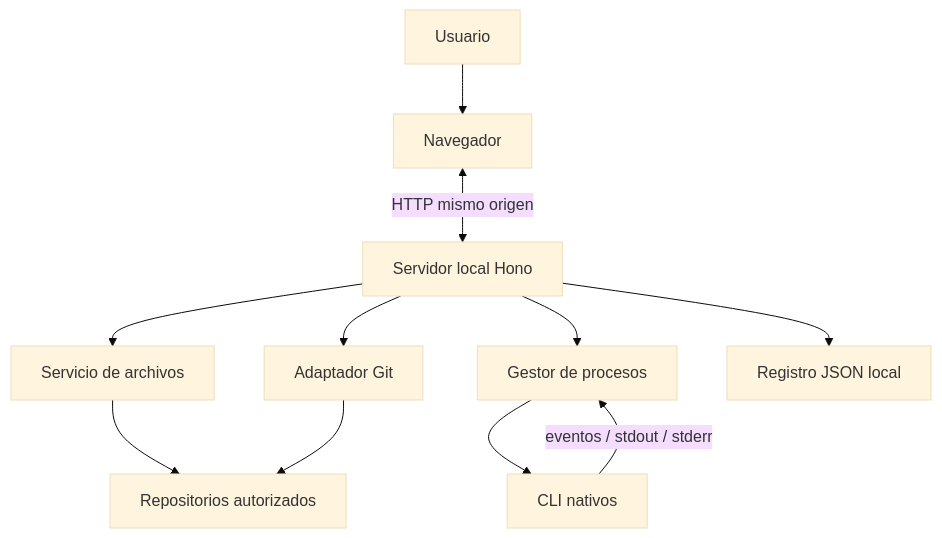
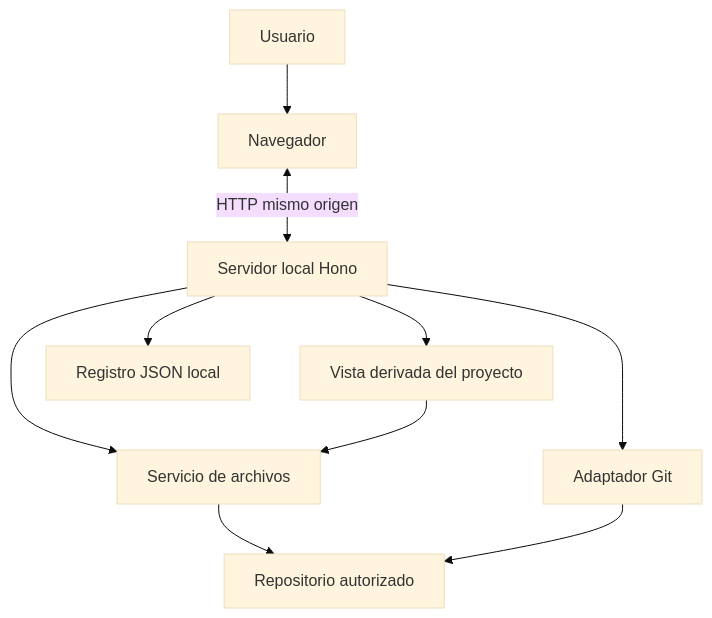
Before and after one commit to RaulCE22/agentic-workbench: the diagram in docs/architecture/overview.md, drawn with Mermaid (base theme). The commit also changed other lines of this file and 17 other files, not shown here.

````diff
--- a/docs/architecture/overview.md
+++ b/docs/architecture/overview.md
@@ -7,13 +7,12 @@
 ```mermaid
 flowchart TB
   U[Usuario] --> B[Navegador]
   B <-->|HTTP mismo origen| L[Servidor local Hono]
   L --> F[Servicio de archivos]
   L --> G[Adaptador Git]
-  L --> P[Gestor de procesos]
-  P --> C[CLI nativos]
+  L --> V[Vista derivada del proyecto]
   L --> D[Registro JSON local]
-  C -->|eventos / stdout / stderr| P
-  F --> R[Repositorios autorizados]
+  F --> R[Repositorio autorizado]
   G --> R
+  V --> F
 ```
````
